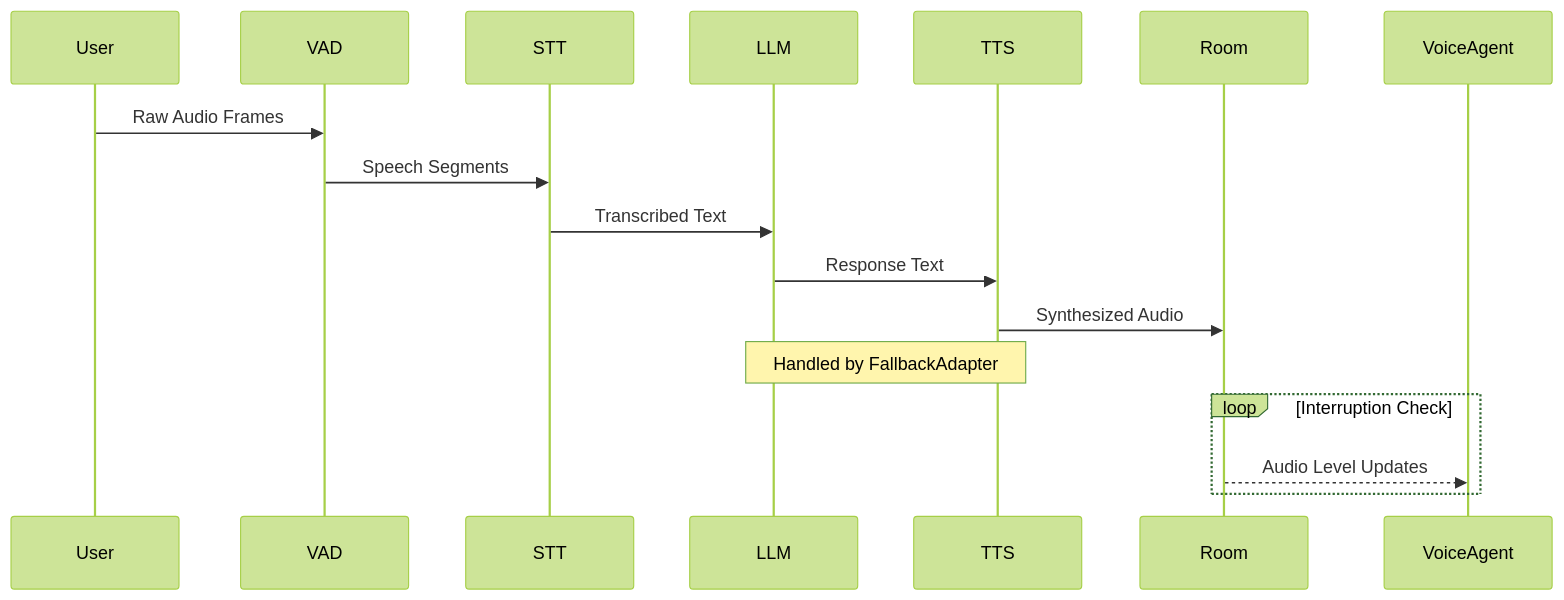
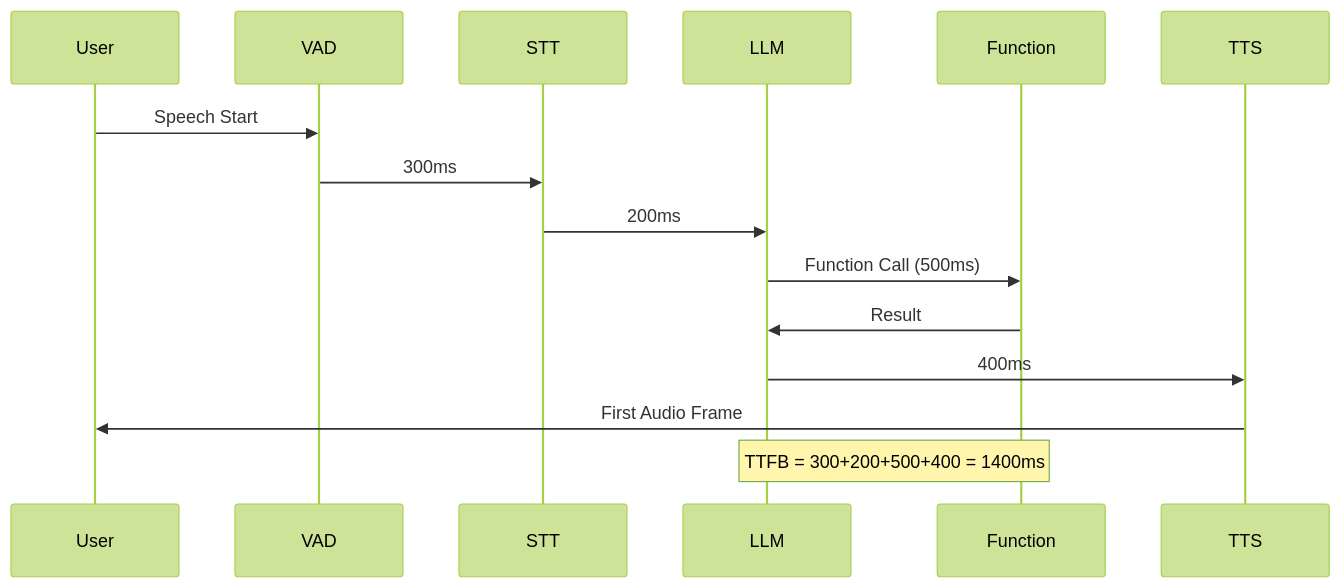
Before and after one commit to yepher/livekit_info: the second of 3 diagrams in API_GUIDE.md, drawn with Mermaid (forest theme). The commit also changed other lines of this file, not shown here.

Commit message:
updating agent 1.0 doc

````diff
--- a/API_GUIDE.md
+++ b/API_GUIDE.md
@@ -1191,19 +1127,18 @@
 ```mermaid
 sequenceDiagram
-    participant User
+    participant U as User
     participant VAD
     participant STT
     participant LLM
+    participant FNC as Function
     participant TTS
-    participant Room
     
-    User->>VAD: Raw Audio Frames
-    VAD->>STT: Speech Segments
-    STT->>LLM: Transcribed Text
-    LLM->>TTS: Response Text
-    TTS->>Room: Synthesized Audio
-    Note over LLM,TTS: Handled by FallbackAdapter
-    loop Interruption Check
-        Room-->>VoiceAgent: Audio Level Updates
-    end
+    U->>VAD: Speech Start
+    VAD->>STT: 300ms
+    STT->>LLM: 200ms
+    LLM->>FNC: Function Call (500ms)
+    FNC->>LLM: Result
+    LLM->>TTS: 400ms
+    TTS->>U: First Audio Frame
+    Note over LLM,FNC: TTFB = 300+200+500+400 = 1400ms
 ```
````
